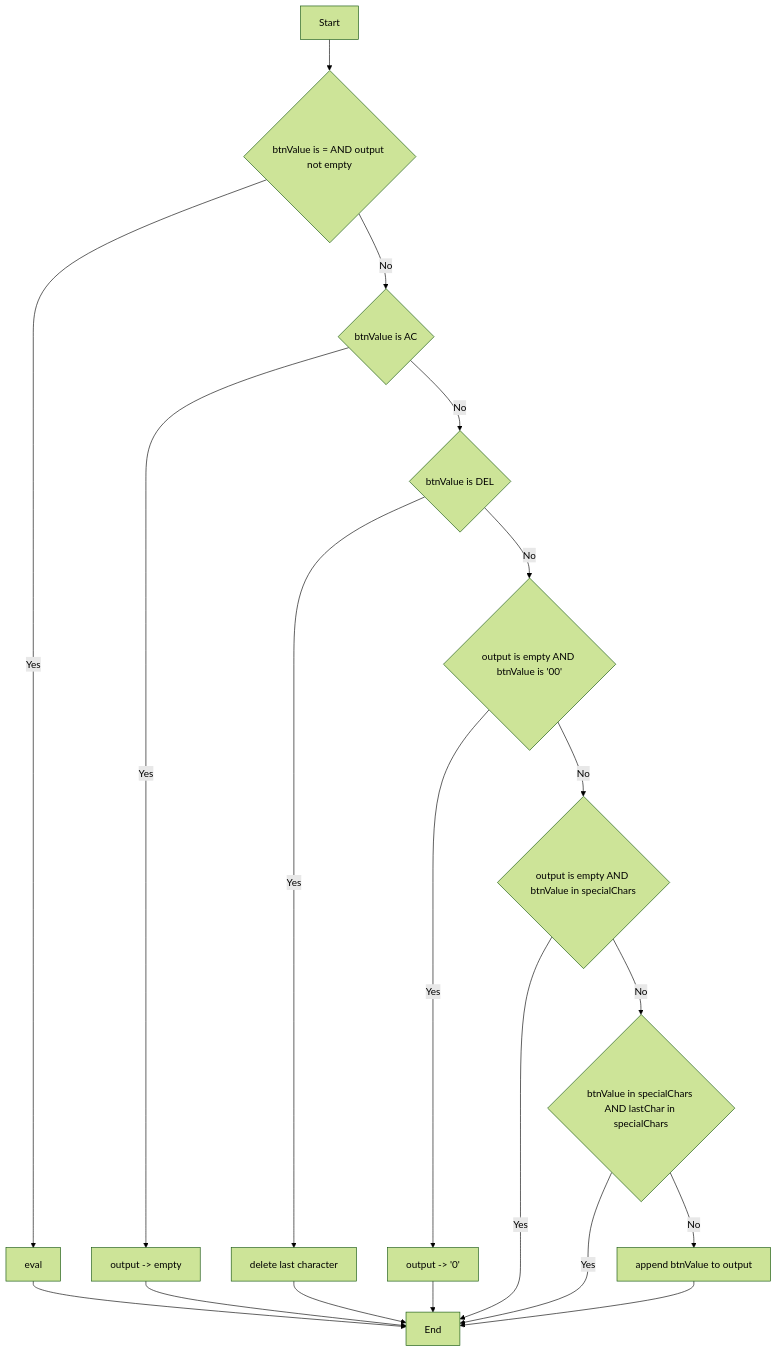
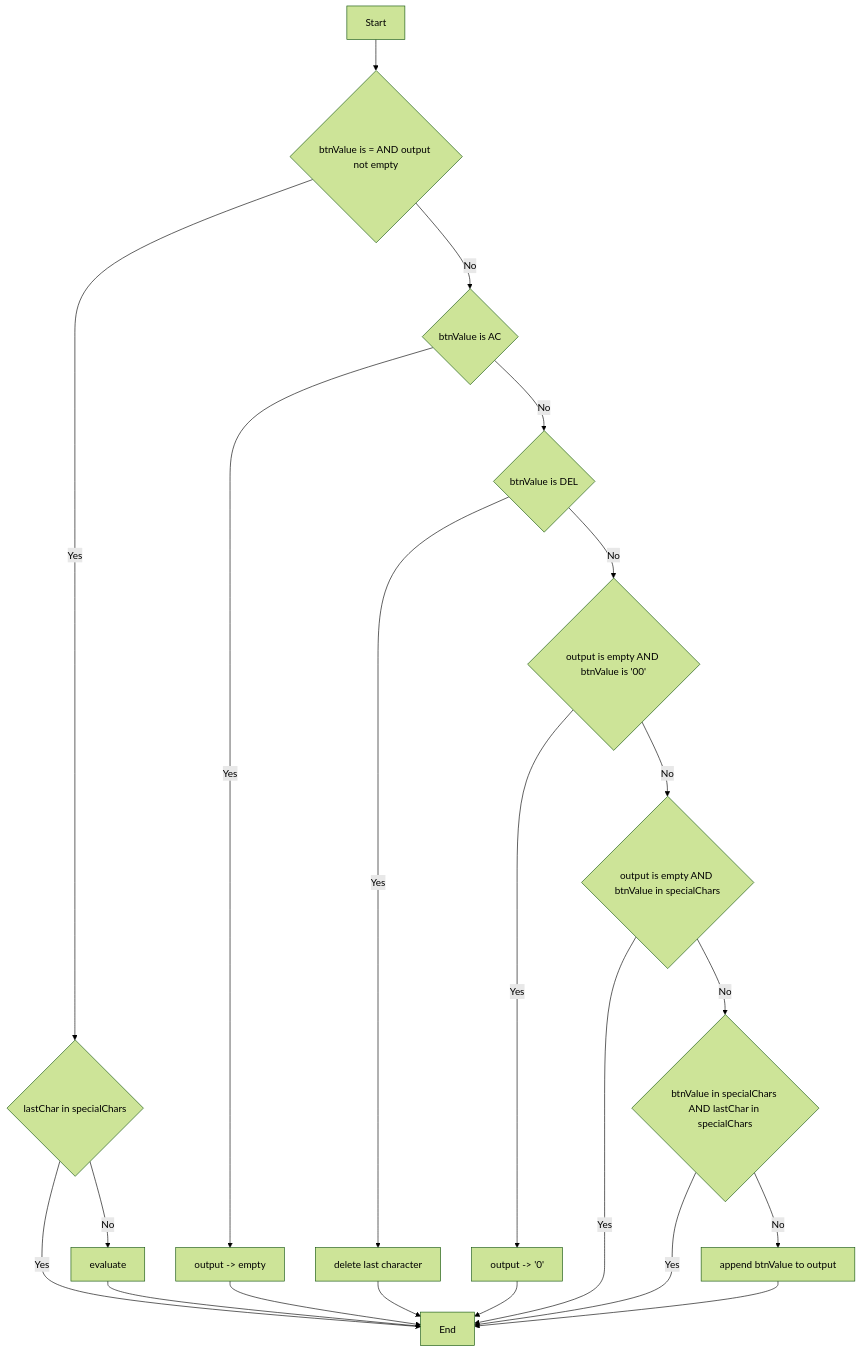
Before and after one commit to hakudang/calculate: the second of 2 diagrams in project/validattion.md, drawn with Mermaid (forest theme). The commit also changed other lines of this file and 1 other file, not shown here.

Commit message:
Enhance calculation logic to prevent evaluation when last character is a special operator

````diff
--- a/project/validattion.md
+++ b/project/validattion.md
@@ -92,32 +95,37 @@
 ```mermaid
 flowchart TD
 
 Start --> C1
 
 C1{btnValue is = AND output not empty}
-C1 -->|Yes| A1[eval] --> End
+C1 -->|Yes| C7
 C1 -->|No| C2
 
 C2{btnValue is AC}
 C2 -->|Yes| A2[output -> empty] --> End
 C2 -->|No| C3
 
 C3{btnValue is DEL}
 C3 -->|Yes| A3[delete last character] --> End
 C3 -->|No| C5
 
 C4{btnValue in specialChars AND lastChar in specialChars}
 C4 -->|Yes| End
 C4 -->|No| A4[append btnValue to output] --> End
 
 %% Nhánh xử lý V-04
 C5{output is empty AND btnValue is '00'}
 C5 -->|Yes| A5[output -> '0'] --> End
 C5 -->|No| C6
 
 %% Nhánh xử lý V-10, V-11
 C6{output is empty AND btnValue in specialChars}
 C6 -->|Yes| End
 C6 -->|No| C4
 
+%% Nhánh xử lý V-16
+C7{lastChar in specialChars}
+C7 -->|Yes| End
+C7 -->|No| A1[evaluate] --> End
+
 ```
````
